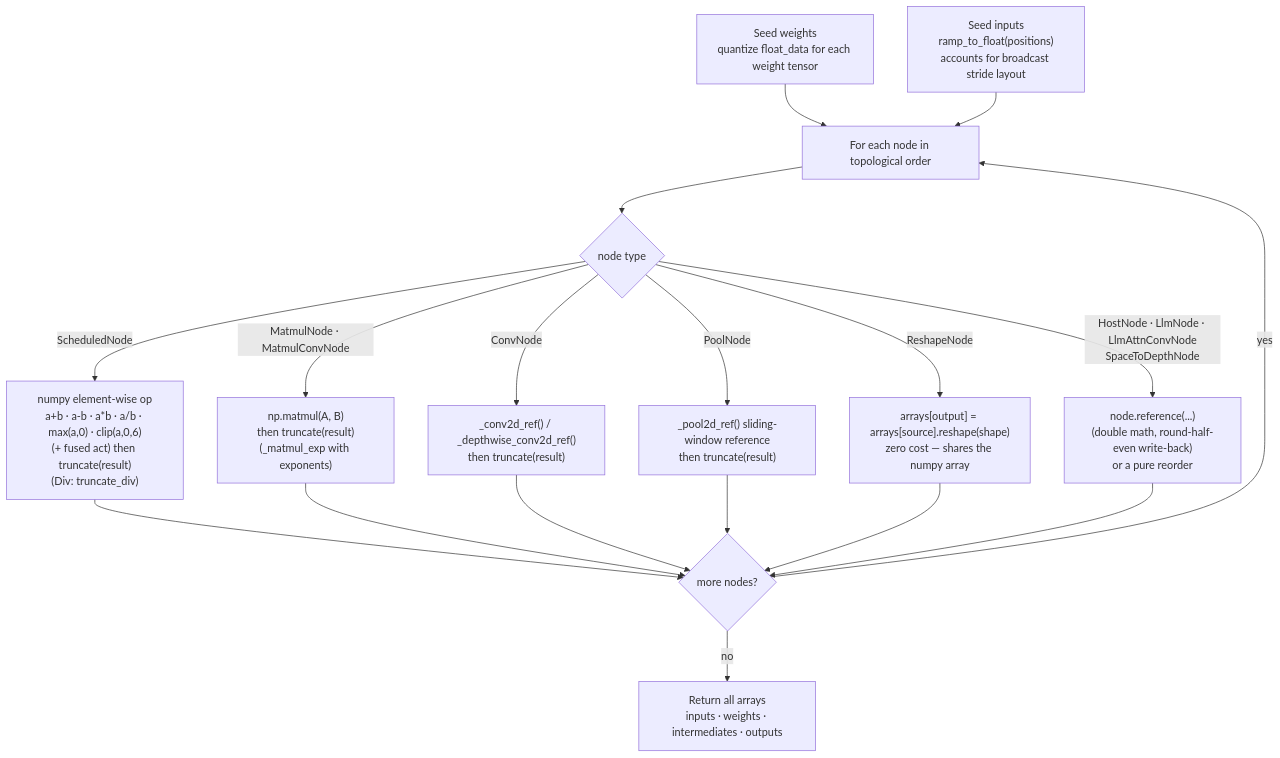
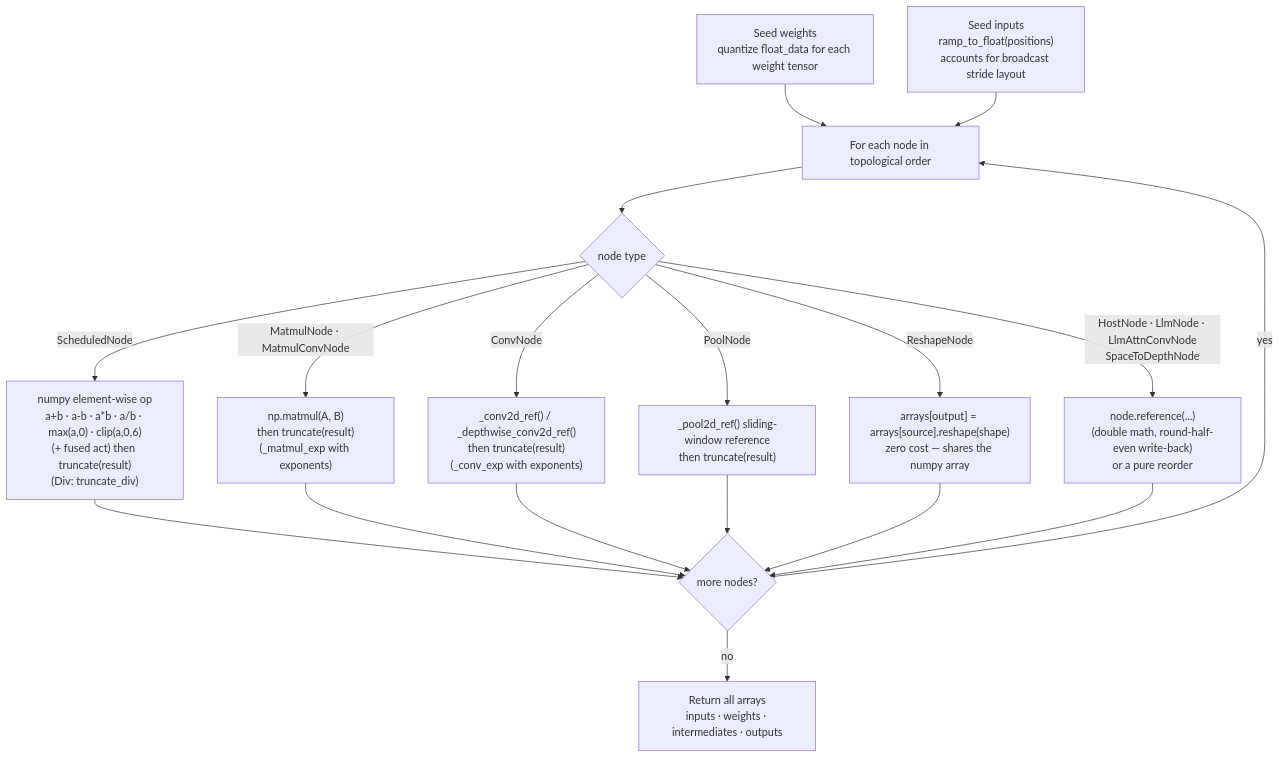
Before and after one commit to phoenix367/cormorant: the fifth of 6 diagrams in inference-scheduler/doc/ARCHITECTURE.md, drawn with Mermaid. The commit also changed other lines of this file and 43 other files, not shown here.

````diff
--- a/inference-scheduler/doc/ARCHITECTURE.md
+++ b/inference-scheduler/doc/ARCHITECTURE.md
@@ -931,18 +943,18 @@
 ```mermaid
 flowchart TD
     W["Seed weights\nquantize float_data for each weight tensor"]
     I["Seed inputs\nramp_to_float(positions)\naccounts for broadcast stride layout"]
     W --> LOOP
     I --> LOOP
     LOOP["For each node in topological order"]
     LOOP --> SW{node type}
     SW -->|ScheduledNode| SN["numpy element-wise op\na+b · a-b · a*b · a/b · max(a,0) · clip(a,0,6)\n(+ fused act) then truncate(result)\n(Div: truncate_div)"]
     SW -->|"MatmulNode · MatmulConvNode"| MN["np.matmul(A, B)\nthen truncate(result)\n(_matmul_exp with exponents)"]
-    SW -->|ConvNode| CN["_conv2d_ref() / _depthwise_conv2d_ref()\nthen truncate(result)"]
+    SW -->|ConvNode| CN["_conv2d_ref() / _depthwise_conv2d_ref()\nthen truncate(result)\n(_conv_exp with exponents)"]
     SW -->|PoolNode| PN["_pool2d_ref() sliding-window reference\nthen truncate(result)"]
     SW -->|ReshapeNode| RN["arrays[output] = arrays[source].reshape(shape)\nzero cost — shares the numpy array"]
     SW -->|"HostNode · LlmNode · LlmAttnConvNode\nSpaceToDepthNode"| HN["node.reference(...)\n(double math, round-half-even write-back)\nor a pure reorder"]
     SN & MN & CN & PN & RN & HN --> NEXT{more nodes?}
     NEXT -->|yes| LOOP
     NEXT -->|no| OUT["Return all arrays\ninputs · weights · intermediates · outputs"]
 ```
````
